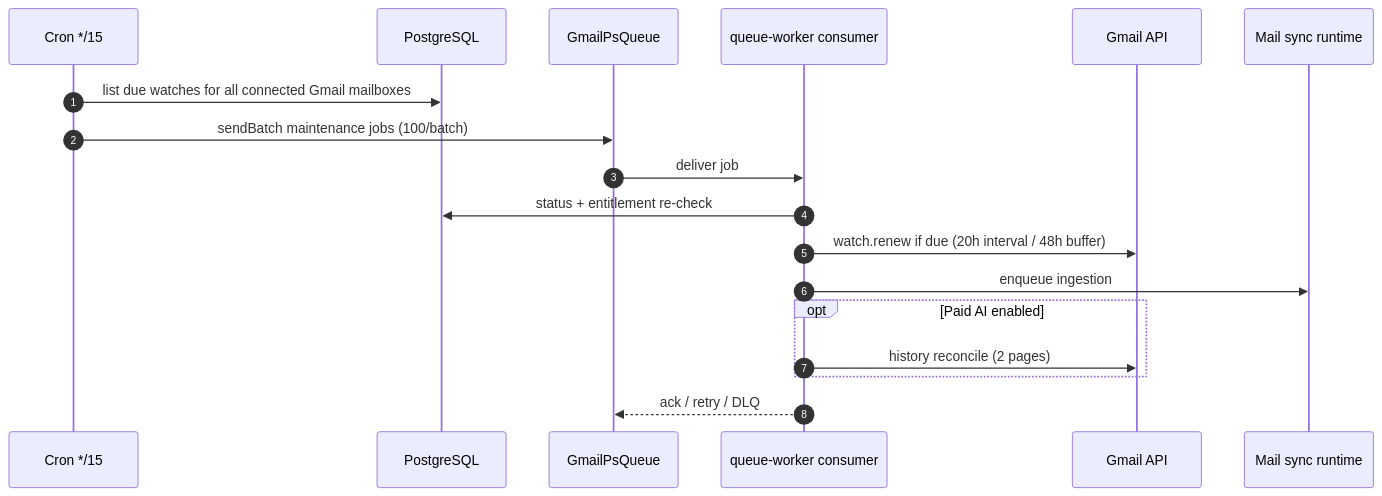
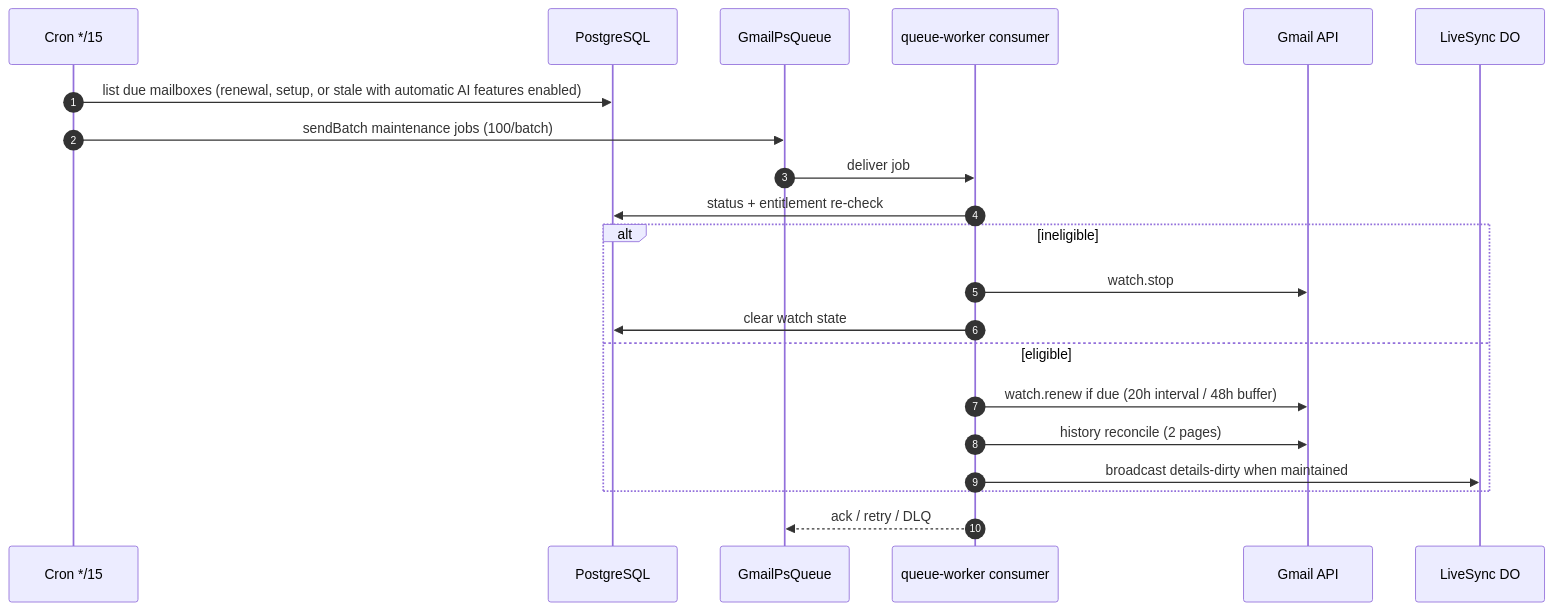
One commit to quieter-email/quieter changed the third of 6 diagrams in docs/infrastructure-map.md. Above: the diagram before and after it, drawn with Mermaid. The commit also changed other lines of this file and 223 other files, not shown here.

First line of the commit message:
revert(sync): remove the custom mail sync engine (#290)

````diff
--- a/docs/infrastructure-map.md
+++ b/docs/infrastructure-map.md
@@ -207,21 +192,24 @@
 ```mermaid
 sequenceDiagram
     autonumber
     participant CR as Cron */15
     participant DB as PostgreSQL
     participant Q as GmailPsQueue
     participant C as queue-worker consumer
     participant A as Gmail API
-    participant S as Mail sync runtime
+    participant D as LiveSync DO
 
-    CR->>DB: list due watches for all connected Gmail mailboxes
+    CR->>DB: list due mailboxes (renewal, setup, or stale with automatic AI features enabled)
     CR->>Q: sendBatch maintenance jobs (100/batch)
     Q->>C: deliver job
     C->>DB: status + entitlement re-check
-    C->>A: watch.renew if due (20h interval / 48h buffer)
-    C->>S: enqueue ingestion
-    opt Paid AI enabled
+    alt ineligible
+        C->>A: watch.stop
+        C->>DB: clear watch state
+    else eligible
+        C->>A: watch.renew if due (20h interval / 48h buffer)
         C->>A: history reconcile (2 pages)
+        C->>D: broadcast details-dirty when maintained
     end
     C-->>Q: ack / retry / DLQ
 ```
````
